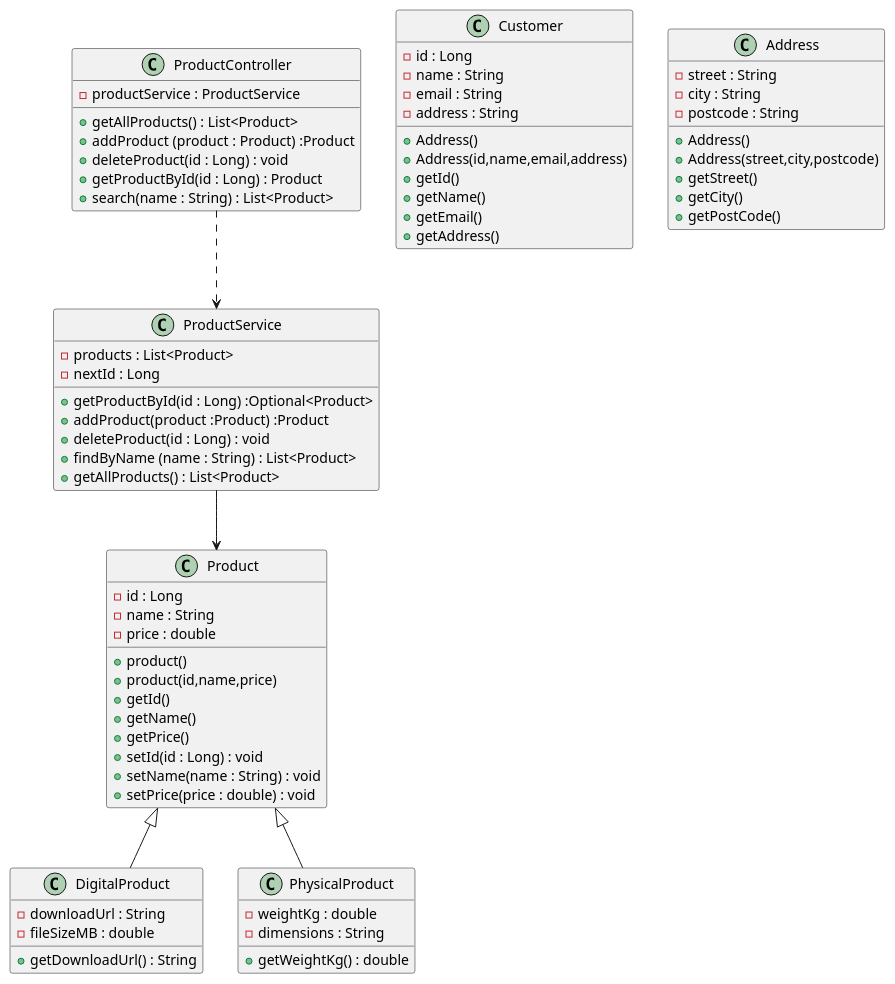
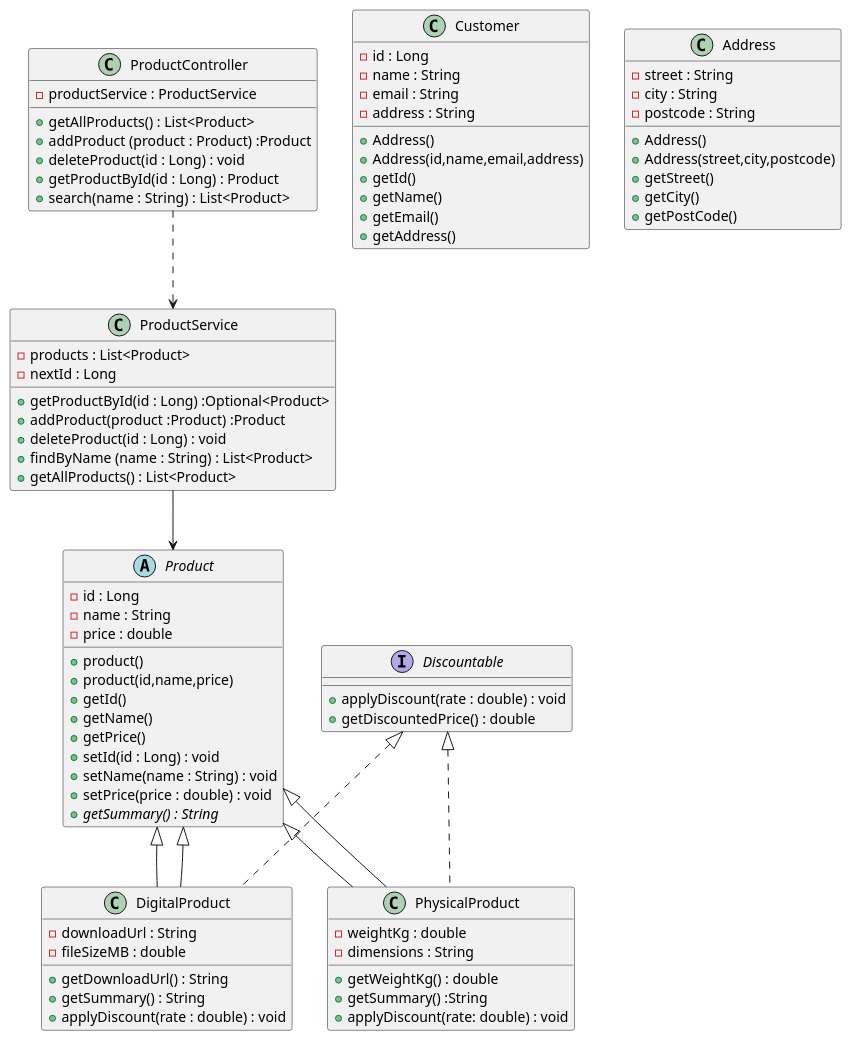
One commit to Nethuli000/products-api changed the diagram in products-api/docs/ uml/products.puml. Above: the diagram before and after it, drawn with PlantUML. The commit also changed 6 other files, not shown here.

Commit message:
"Tutorial 5: polymorphism — getSummary override and Discountable interface"

```diff
--- a/products-api/docs/ uml/products.puml
+++ b/products-api/docs/ uml/products.puml
@@ -1,81 +1,98 @@
 @startuml
 
-class Product{
+abstract class Product{
 - id : Long
 - name : String
 - price : double
 + product()
 + product(id,name,price)
 + getId()
 + getName()
 + getPrice()
 + setId(id : Long) : void
 + setName(name : String) : void
 + setPrice(price : double) : void
++ {abstract} getSummary() : String
+}
+
+interface Discountable {
++ applyDiscount(rate : double) : void
++ getDiscountedPrice() : double
 }
 
 class DigitalProduct {
 - downloadUrl : String
 - fileSizeMB : double
 + getDownloadUrl() : String
++getSummary() : String
++applyDiscount(rate : double) : void
 }
+
 class PhysicalProduct {
 - weightKg : double
 - dimensions : String
 + getWeightKg() : double
++getSummary() :String
++applyDiscount(rate: double) : void
 }
+
+Product <|-- DigitalProduct
+Product <|-- PhysicalProduct
+
+Discountable <|.. DigitalProduct
+Discountable <|.. PhysicalProduct
 
 ' <|-- is the inheritance arrow. The PARENT goes on the left.
 Product <|-- DigitalProduct
 Product <|-- PhysicalProduct
 
 class Customer{
 - id : Long
 - name : String
 - email : String
 - address : String
 + Address()
 + Address(id,name,email,address)
 + getId()
 + getName()
 + getEmail()
 + getAddress()
 }
 
 class Address{
 - street : String
 - city : String
 - postcode : String
 + Address()
 + Address(street,city,postcode)
 + getStreet()
 + getCity()
 + getPostCode()
 }
 
 class ProductService{
 - products : List<Product>
 - nextId : Long
 + getProductById(id : Long) :Optional<Product>
 + addProduct(product :Product) :Product
 + deleteProduct(id : Long) : void
 + findByName (name : String) : List<Product>
 + getAllProducts() : List<Product>
 }
 
 class ProductController{
 - productService : ProductService
 + getAllProducts() : List<Product>
 + addProduct (product : Product) :Product
 + deleteProduct(id : Long) : void
 + getProductById(id : Long) : Product
 + search(name : String) : List<Product>
 }
 
 ' ..> is a dependency: DASHED line, open arrow
 ProductController ..> ProductService
 
 ' --> is an association: SOLID line
 ProductService --> Product
 
 @enduml
```
